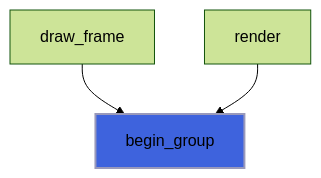
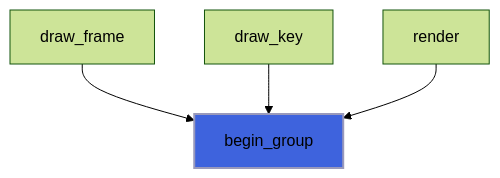
Before and after one commit to szaghi/foresight: the seventh of 30 diagrams in docs/api/src/lib/foresight_backend_dumb.md, drawn with Mermaid (forest theme). The commit also changed other lines of this file and 97 other files, not shown here.

````diff
--- a/docs/api/src/lib/foresight_backend_dumb.md
+++ b/docs/api/src/lib/foresight_backend_dumb.md
@@ -243,6 +270,7 @@
 ```mermaid
 flowchart TD
   draw_frame["draw_frame"] --> begin_group["begin_group"]
+  draw_key["draw_key"] --> begin_group["begin_group"]
   render["render"] --> begin_group["begin_group"]
   style begin_group fill:#3e63dd,stroke:#99b,stroke-width:2px
 ```
````
